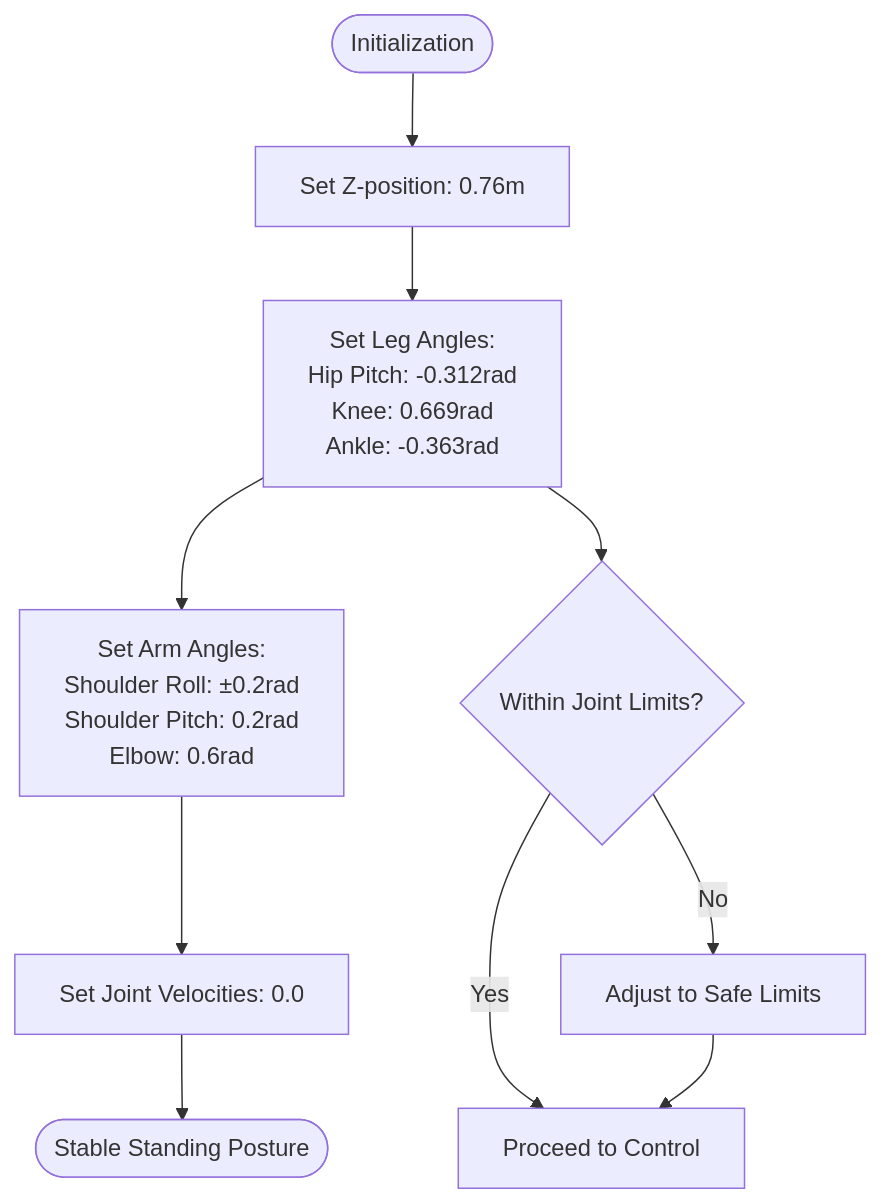
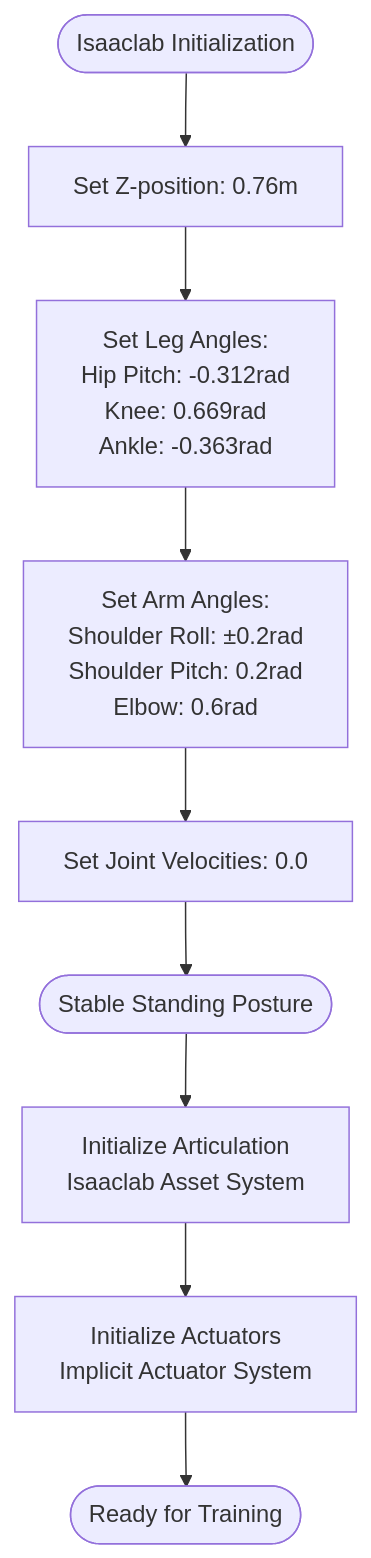
The seventh of 12 diagrams in .qoder/repowiki/en/content/Robot Categories and Models/Humanoid Robots/Unitree G1 Humanoid.md (jayjayhust/robot_lab), drawn with Mermaid before and after one commit. The commit also changed other lines of this file and 14 other files, not shown here.

````diff
--- a/.qoder/repowiki/en/content/Robot Categories and Models/Humanoid Robots/Unitree G1 Humanoid.md
+++ b/.qoder/repowiki/en/content/Robot Categories and Models/Humanoid Robots/Unitree G1 Humanoid.md
@@ -297,12 +319,11 @@
 ```mermaid
 flowchart TD
-Start([Initialization]) --> SetHeight["Set Z-position: 0.76m"]
+Start([Isaaclab Initialization]) --> SetHeight["Set Z-position: 0.76m"]
 SetHeight --> LegAngles["Set Leg Angles:<br/>Hip Pitch: -0.312rad<br/>Knee: 0.669rad<br/>Ankle: -0.363rad"]
 LegAngles --> ArmAngles["Set Arm Angles:<br/>Shoulder Roll: ±0.2rad<br/>Shoulder Pitch: 0.2rad<br/>Elbow: 0.6rad"]
 ArmAngles --> ZeroVel["Set Joint Velocities: 0.0"]
 ZeroVel --> Stable([Stable Standing Posture])
-LegAngles --> CheckLimits{"Within Joint Limits?"}
-CheckLimits --> |No| Adjust["Adjust to Safe Limits"]
-CheckLimits --> |Yes| Proceed["Proceed to Control"]
-Adjust --> Proceed
+Stable --> AssetInit["Initialize Articulation<br/>Isaaclab Asset System"]
+AssetInit --> ActuatorInit["Initialize Actuators<br/>Implicit Actuator System"]
+ActuatorInit --> Ready([Ready for Training])
 ```
````
